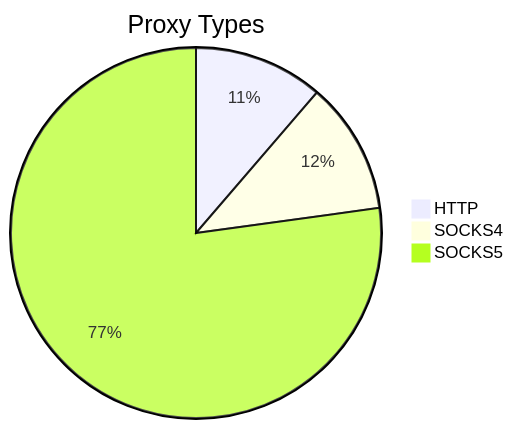
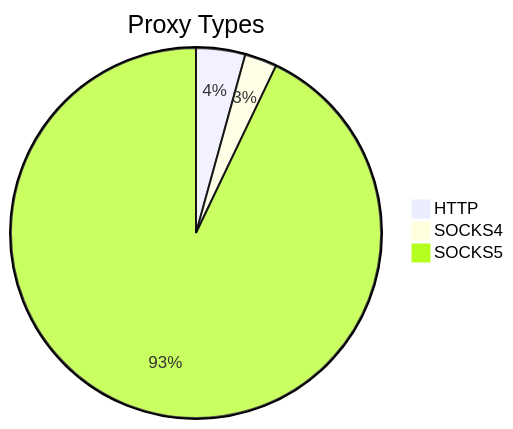
The first of 2 diagrams in README.md (stormsia/proxy-list), drawn with Mermaid before and after one commit. The commit also changed other lines of this file, not shown here.

````diff
--- a/README.md
+++ b/README.md
@@ -21,6 +21,6 @@
 ```mermaid
 pie title Proxy Types
-    "HTTP" : 52
-    "SOCKS4" : 53
-    "SOCKS5" : 355
+    "HTTP" : 58
+    "SOCKS4" : 38
+    "SOCKS5" : 1256
 ```
````
